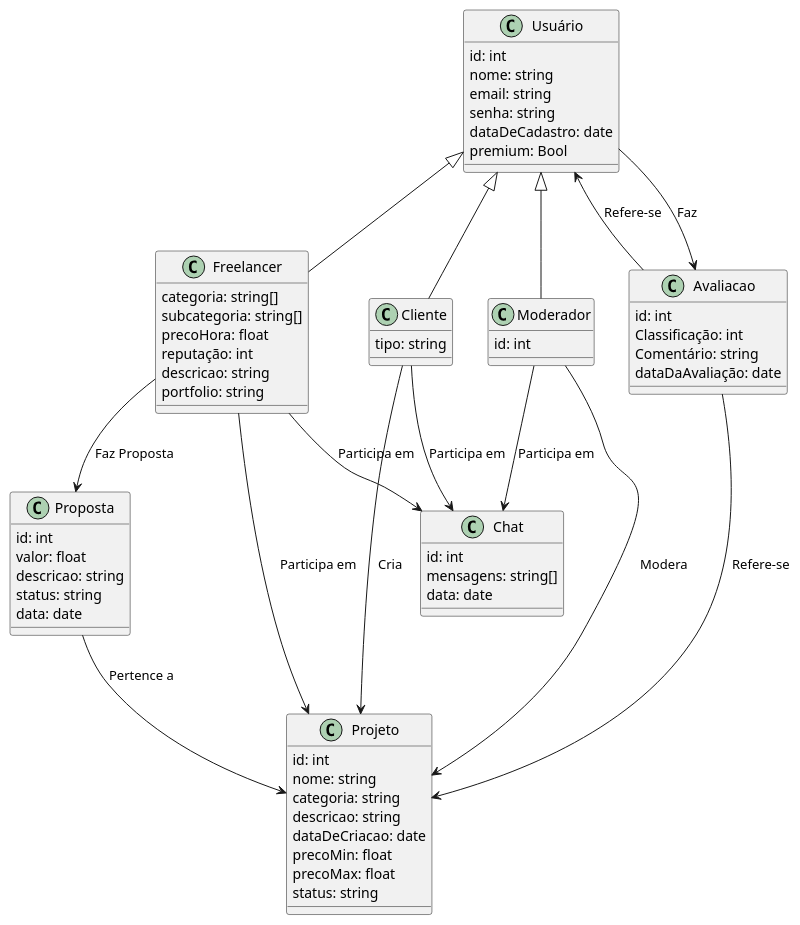
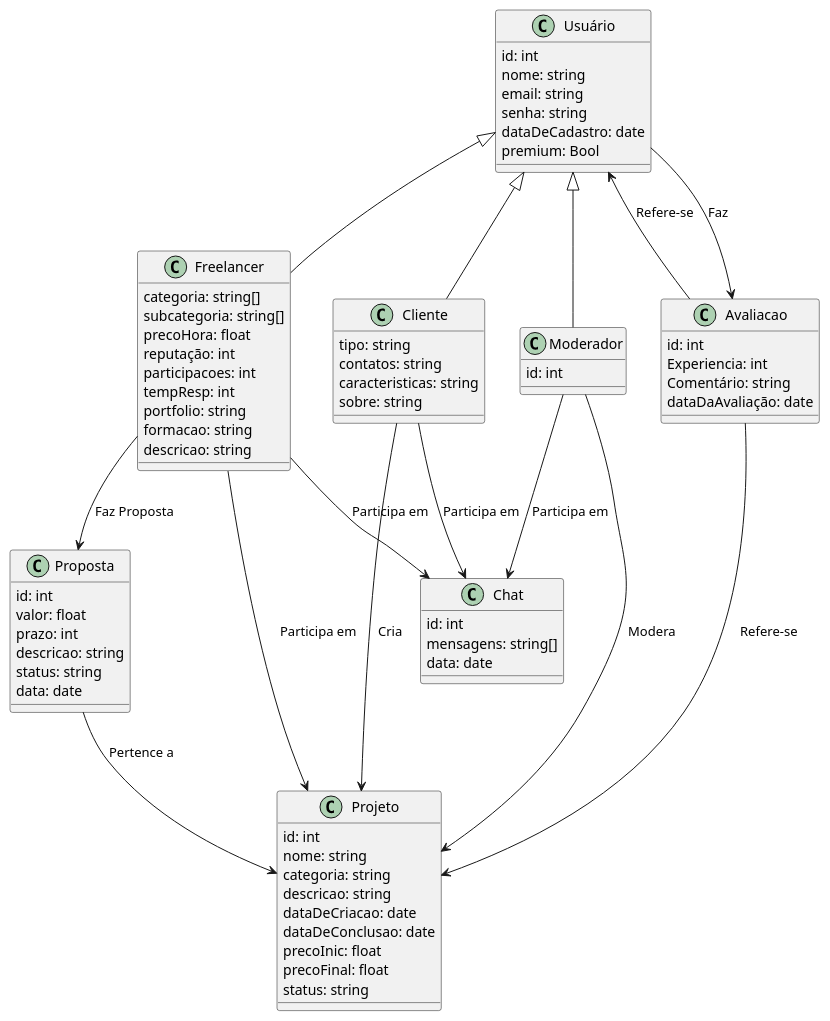
Before and after one commit to LucasNeiva/Eng-Software-II: the diagram in docs/modelo_conceitual.puml, drawn with PlantUML. The commit also changed 6 other files, not shown here.

```diff
--- a/docs/modelo_conceitual.puml
+++ b/docs/modelo_conceitual.puml
@@ -1,87 +1,95 @@
 @startuml Conceitual
 
 class Usuário {
 
 id: int
 nome: string
 email: string
 senha: string
 dataDeCadastro: date
 premium: Bool
 }
 
 class Freelancer {
 
 categoria: string[]
 subcategoria: string[]
 precoHora: float
 reputação: int
+participacoes: int
+tempResp: int
+portfolio: string
+formacao: string
 descricao: string
-portfolio: string
 }
 
 class Cliente {
 
 tipo: string
+contatos: string
+caracteristicas: string
+sobre: string
 }
 
 class Moderador {
 
 id: int
 }
 
 class Proposta {
 
 id: int
 valor: float
+prazo: int
 descricao: string
 status: string
 data: date
 }
 
 class Projeto {
 
 id: int
 nome: string
 categoria: string
 descricao: string
 dataDeCriacao: date
-precoMin: float
-precoMax: float
+dataDeConclusao: date
+precoInic: float
+precoFinal: float
 status: string
 }
 
 class Chat {
 
 id: int
 mensagens: string[]
 data: date
 }
 
 class Avaliacao {
 
 id: int
-Classificação: int
+Experiencia: int
 Comentário: string
 dataDaAvaliação: date
 }
 
 Usuário <|-- Moderador
 Usuário <|-- Cliente
 Usuário <|-- Freelancer
 
 
 Avaliacao --> Usuário : Refere-se
 Avaliacao --> Projeto: Refere-se
 
 Usuário --> Avaliacao: Faz
 Proposta --> Projeto: Pertence a
 Freelancer --> Proposta: Faz Proposta
 Freelancer --> Projeto: Participa em
 Cliente --> Projeto: Cria
 Moderador --> Projeto: Modera
 Freelancer --> Chat: Participa em
 Cliente --> Chat: Participa em
 Moderador --> Chat: Participa em
 
 @enduml
```
